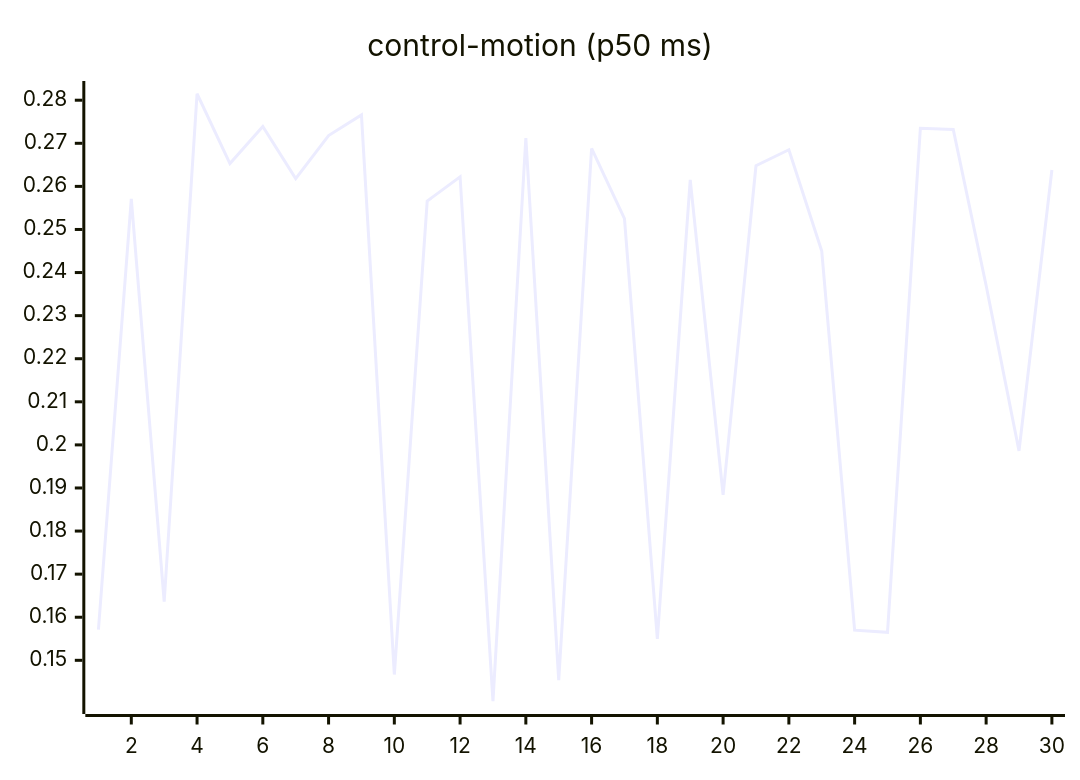
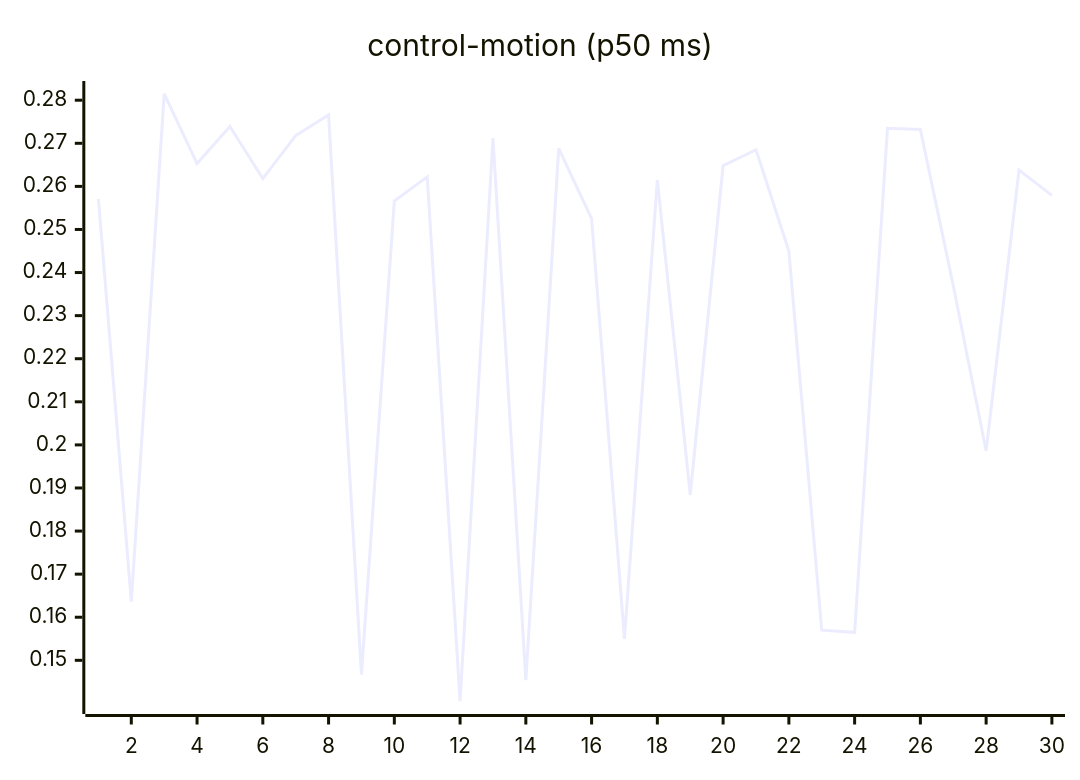
The seventh of 27 diagrams in README.md (josha/Facet), drawn with Mermaid before and after one commit. The commit also changed other lines of this file and 2 other files, not shown here.

````diff
--- a/README.md
+++ b/README.md
@@ -105,6 +105,6 @@
 ```mermaid
 xychart-beta
     title "control-motion (p50 ms)"
     x-axis 1 --> 30
-    line [0.1571, 0.2571, 0.1636, 0.2815, 0.2653, 0.2739, 0.2618, 0.2718, 0.2766, 0.1467, 0.2566, 0.2622, 0.1405, 0.2712, 0.1454, 0.2688, 0.2525, 0.1550, 0.2615, 0.1884, 0.2648, 0.2685, 0.2450, 0.1570, 0.1565, 0.2735, 0.2732, 0.2370, 0.1986, 0.2638]
+    line [0.2571, 0.1636, 0.2815, 0.2653, 0.2739, 0.2618, 0.2718, 0.2766, 0.1467, 0.2566, 0.2622, 0.1405, 0.2712, 0.1454, 0.2688, 0.2525, 0.1550, 0.2615, 0.1884, 0.2648, 0.2685, 0.2450, 0.1570, 0.1565, 0.2735, 0.2732, 0.2370, 0.1986, 0.2638, 0.2579]
 ```
````
